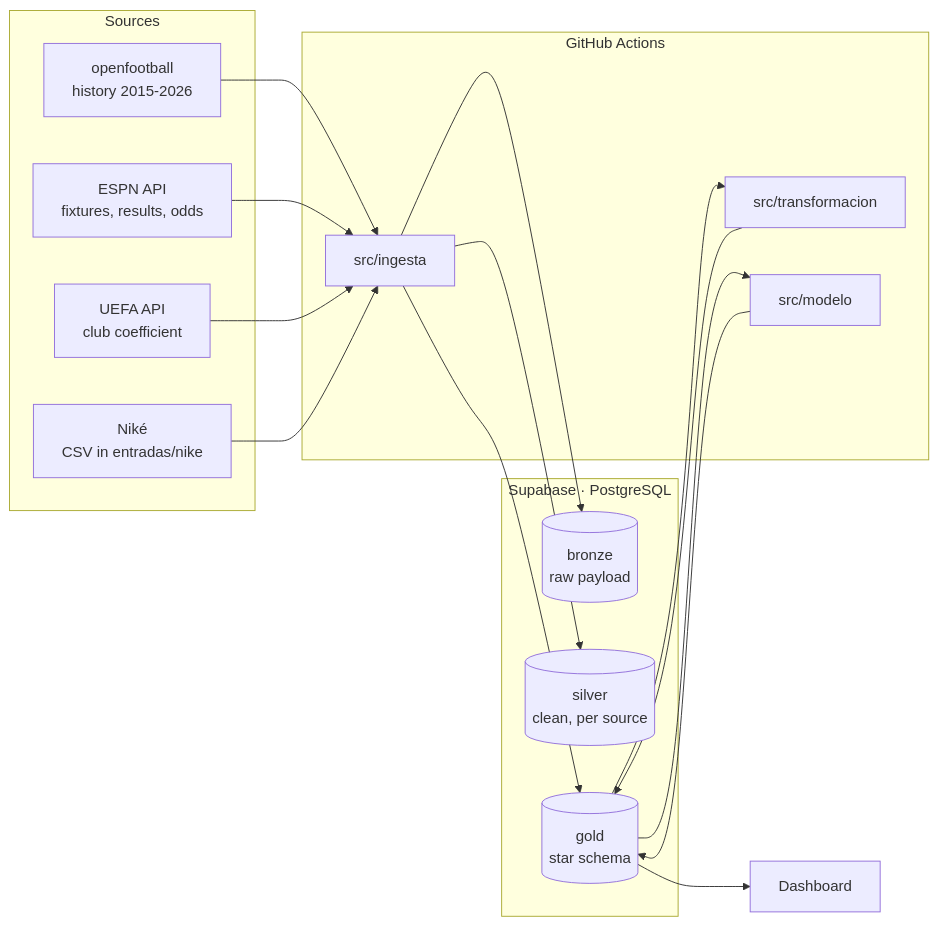
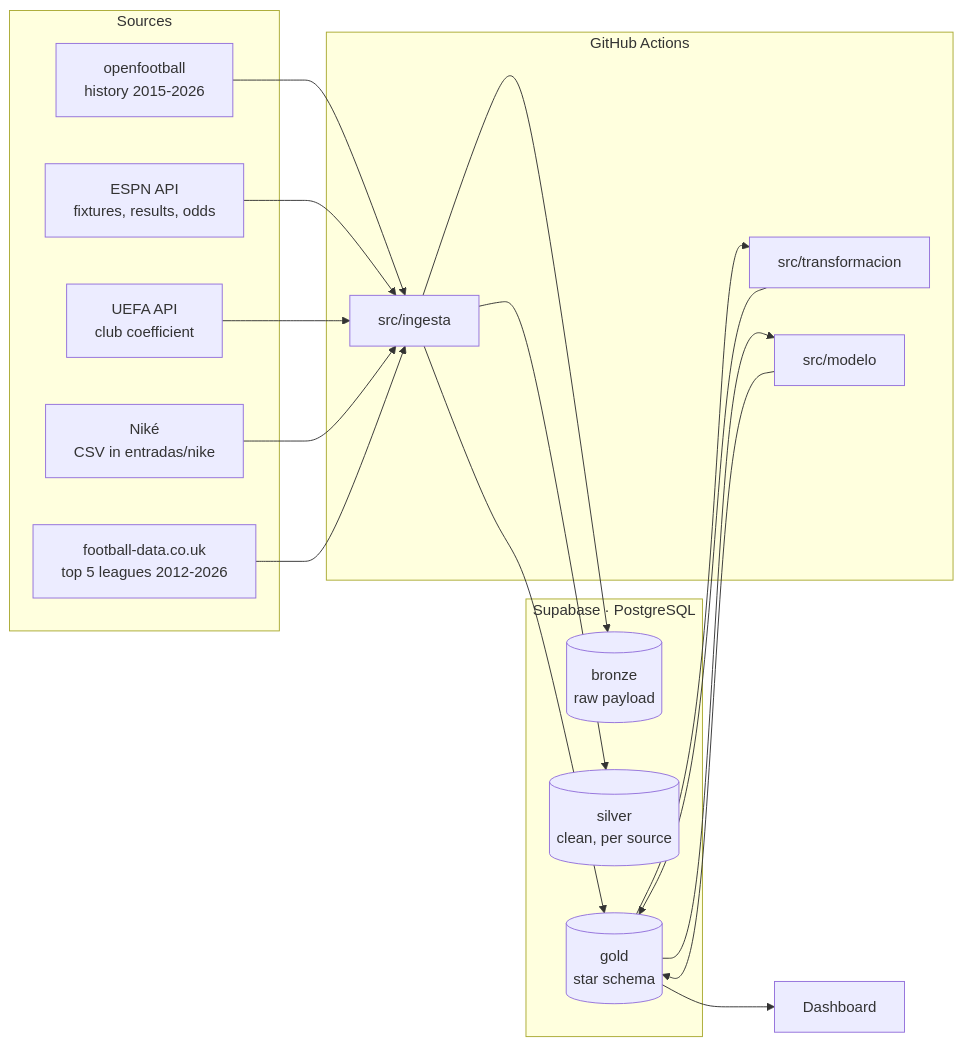
Before and after one commit to choquerutheva-maker/ucl-data-platform: the diagram in README.md, drawn with Mermaid. The commit also changed other lines of this file and 5 other files, not shown here.

First line of the commit message:
ingesta: 5 grandes ligas desde football-data.co.uk (DDL 012, loader, seed de 180 clubes y workflow diario)

````diff
--- a/README.md
+++ b/README.md
@@ -23,26 +23,27 @@
 ```mermaid
 flowchart LR
     subgraph Sources
         OF[openfootball<br/>history 2015-2026]
         ESPN[ESPN API<br/>fixtures, results, odds]
         UEFA[UEFA API<br/>club coefficient]
         NK[Niké<br/>CSV in entradas/nike]
+        FD[football-data.co.uk<br/>top 5 leagues 2012-2026]
     end
     subgraph GH[GitHub Actions]
         ING[src/ingesta]
         TR[src/transformacion]
         MOD[src/modelo]
     end
     subgraph SB[Supabase · PostgreSQL]
         B[(bronze<br/>raw payload)]
         S[(silver<br/>clean, per source)]
         G[(gold<br/>star schema)]
     end
-    OF & ESPN & UEFA & NK --> ING
+    OF & ESPN & UEFA & NK & FD --> ING
     ING --> B
     ING --> S
     ING --> G
     G --> TR --> G
     G --> MOD --> G
     G --> D[Dashboard]
 ```
````
